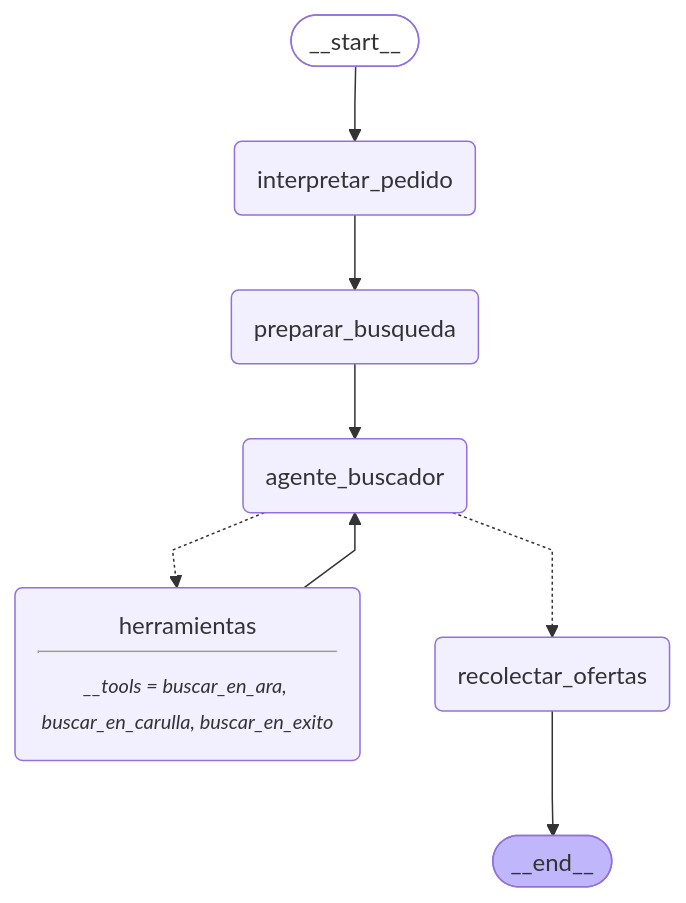
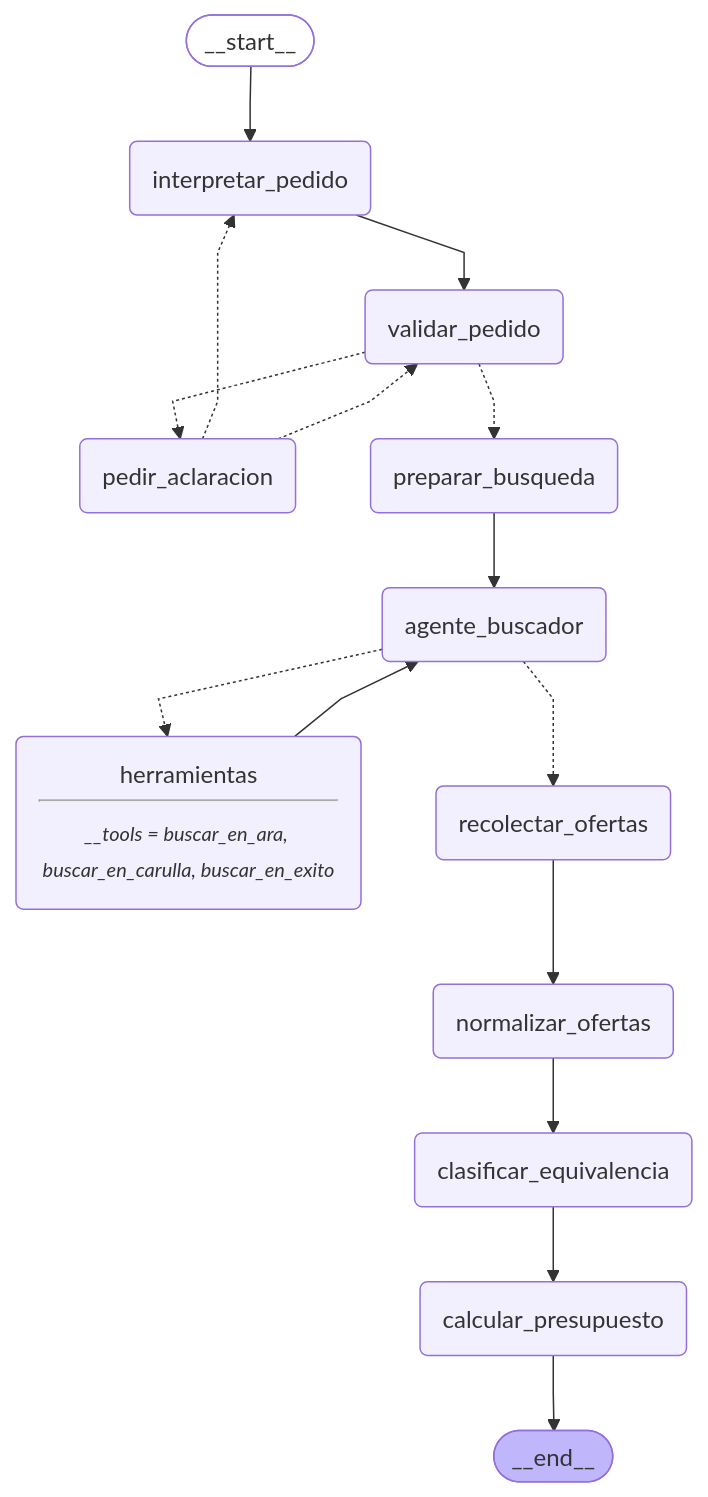
The diagram in docs/grafo.mmd (papiarcacamilo/purchasing-agent-), drawn with Mermaid before and after one commit. The commit also changed 21 other files, not shown here.

```diff
--- a/docs/grafo.mmd
+++ b/docs/grafo.mmd
@@ -1,23 +1,35 @@
 ---
 config:
   flowchart:
     curve: linear
 ---
 graph TD;
 	__start__([<p>__start__</p>]):::first
 	interpretar_pedido(interpretar_pedido)
+	validar_pedido(validar_pedido)
+	pedir_aclaracion(pedir_aclaracion)
 	preparar_busqueda(preparar_busqueda)
 	agente_buscador(agente_buscador)
 	herramientas(herramientas<hr/><small><em>__tools = buscar_en_ara, buscar_en_carulla, buscar_en_exito</em></small>)
 	recolectar_ofertas(recolectar_ofertas)
+	normalizar_ofertas(normalizar_ofertas)
+	clasificar_equivalencia(clasificar_equivalencia)
+	calcular_presupuesto(calcular_presupuesto)
 	__end__([<p>__end__</p>]):::last
 	__start__ --> interpretar_pedido;
 	agente_buscador -.-> herramientas;
 	agente_buscador -.-> recolectar_ofertas;
+	clasificar_equivalencia --> calcular_presupuesto;
 	herramientas --> agente_buscador;
-	interpretar_pedido --> preparar_busqueda;
+	interpretar_pedido --> validar_pedido;
+	normalizar_ofertas --> clasificar_equivalencia;
+	pedir_aclaracion -.-> interpretar_pedido;
+	pedir_aclaracion -.-> validar_pedido;
 	preparar_busqueda --> agente_buscador;
-	recolectar_ofertas --> __end__;
+	recolectar_ofertas --> normalizar_ofertas;
+	validar_pedido -.-> pedir_aclaracion;
+	validar_pedido -.-> preparar_busqueda;
+	calcular_presupuesto --> __end__;
 	classDef default fill:#f2f0ff,line-height:1.2
 	classDef first fill-opacity:0
 	classDef last fill:#bfb6fc
```
